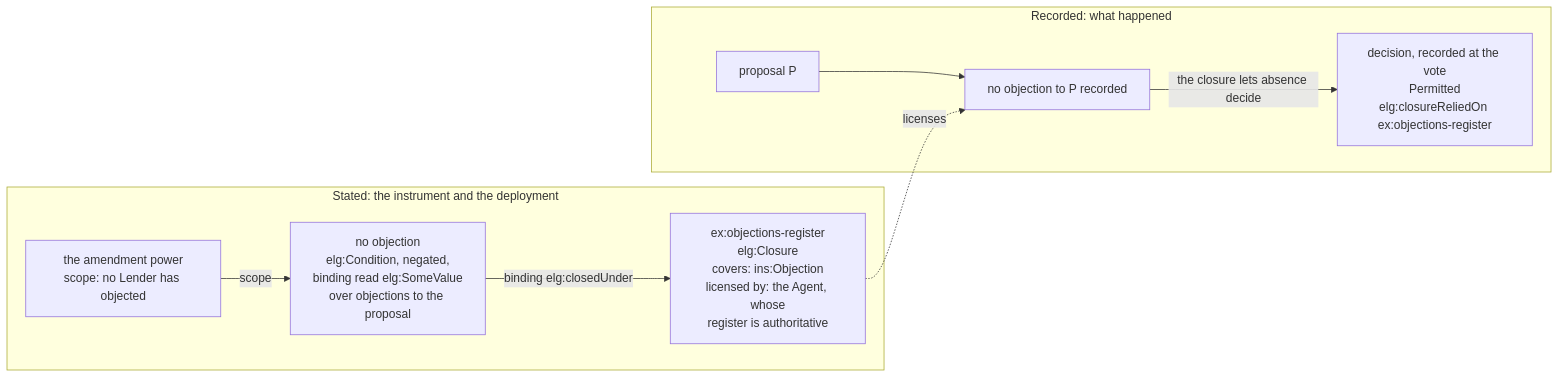
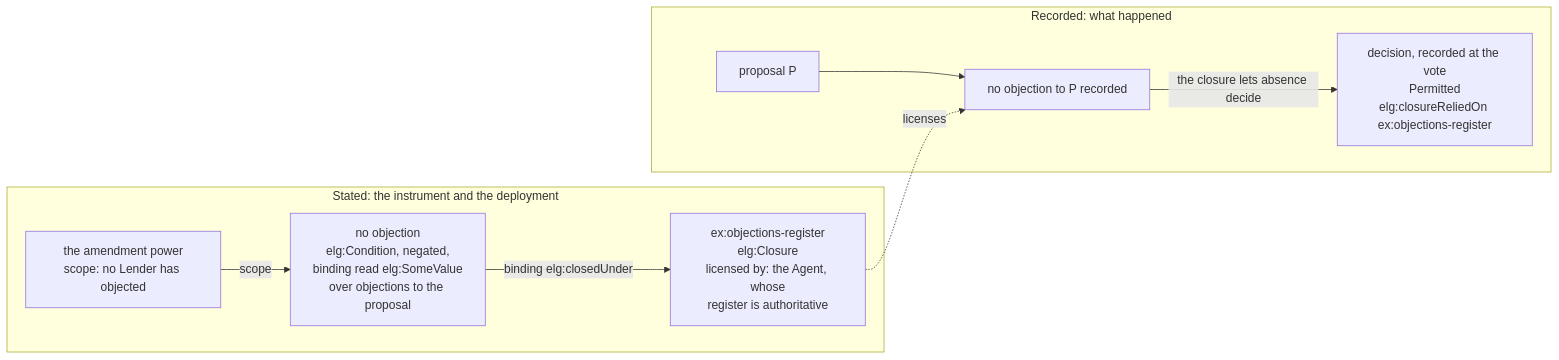
Diagram 23 of 28 in docs/developer/plans/computable-contract-substrate.md (nebularis/lattice), drawn with Mermaid before and after one commit. The commit also changed other lines of this file and 6 other files, not shown here.

````diff
--- a/docs/developer/plans/computable-contract-substrate.md
+++ b/docs/developer/plans/computable-contract-substrate.md
@@ -3814,18 +3814,18 @@
 ```mermaid
 flowchart LR
     subgraph AGREED["Stated: the instrument and the deployment"]
         PW["the amendment power<br/>scope: no Lender has objected"]
         NC["no objection<br/>elg:Condition, negated,<br/>binding read elg:SomeValue<br/>over objections to the proposal"]
-        CL["ex:objections-register<br/>elg:Closure<br/>covers: ins:Objection<br/>licensed by: the Agent, whose<br/>register is authoritative"]
+        CL["ex:objections-register<br/>elg:Closure<br/>licensed by: the Agent, whose<br/>register is authoritative"]
         PW -- "scope" --> NC
         NC -- "binding elg:closedUnder" --> CL
     end
     subgraph HAPPENED["Recorded: what happened"]
         PR["proposal P"]
         NONE["no objection to P recorded"]
         DEC["decision, recorded at the vote<br/>Permitted<br/>elg:closureReliedOn ex:objections-register"]
         PR --> NONE
         NONE -- "the closure lets absence decide" --> DEC
     end
     CL -. "licenses" .-> NONE
 ```
````
